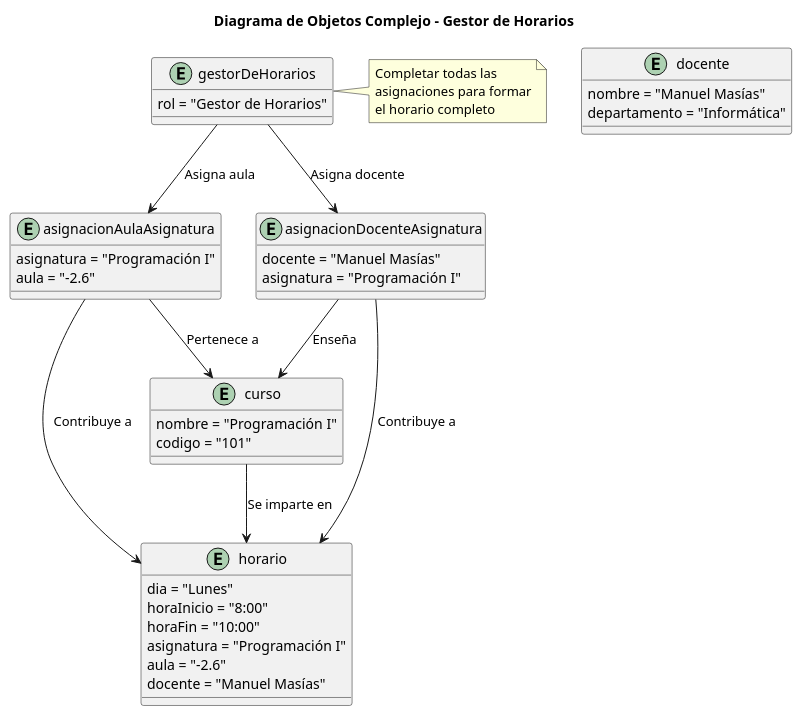
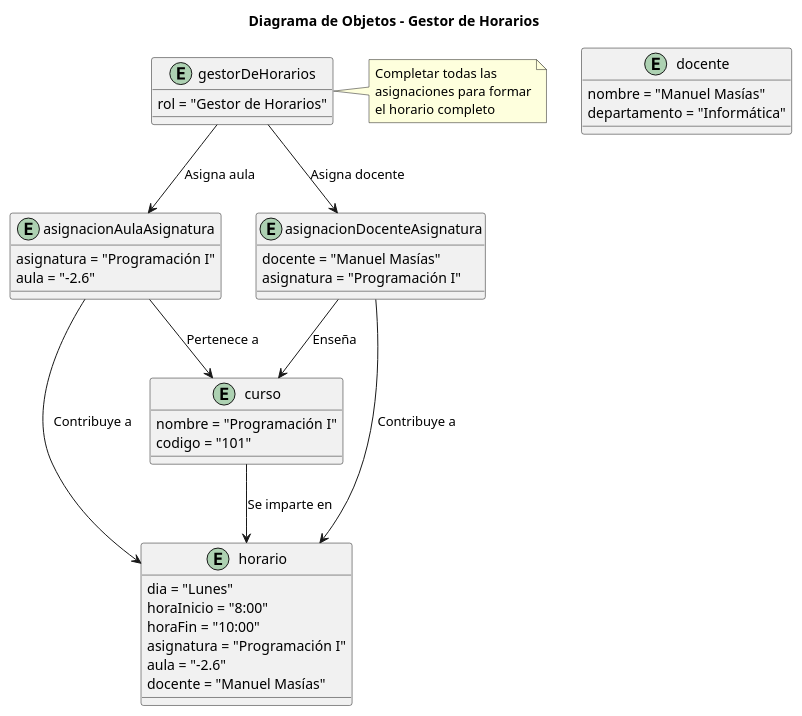
One commit to mmasias/24-25-IdSw1-SDR changed the diagram in modelosUML/diagramaObjetos.puml. Above: the diagram before and after it, drawn with PlantUML.

```diff
--- a/modelosUML/diagramaObjetos.puml
+++ b/modelosUML/diagramaObjetos.puml
@@ -1,51 +1,51 @@
 @startuml
-title Diagrama de Objetos Complejo - Gestor de Horarios
+title Diagrama de Objetos - Gestor de Horarios
 
 entity gestorDeHorarios {
     rol = "Gestor de Horarios"
 }
 
 entity asignacionAulaAsignatura {
     asignatura = "Programación I"
     aula = "-2.6"
 }
 
 entity asignacionDocenteAsignatura {
     docente = "Manuel Masías"
     asignatura = "Programación I"
 }
 
 entity horario {
     dia = "Lunes"
     horaInicio = "8:00"
     horaFin = "10:00"
     asignatura = "Programación I"
     aula = "-2.6"
     docente = "Manuel Masías"
 }
 
 entity curso {
     nombre = "Programación I"
     codigo = "101"
 }
 
 entity docente {
     nombre = "Manuel Masías"
     departamento = "Informática"
 }
 
 gestorDeHorarios --> asignacionAulaAsignatura : Asigna aula
 gestorDeHorarios --> asignacionDocenteAsignatura : Asigna docente
 asignacionAulaAsignatura --> curso : Pertenece a
 asignacionDocenteAsignatura --> curso : Enseña
 asignacionAulaAsignatura --> horario : Contribuye a
 asignacionDocenteAsignatura --> horario : Contribuye a
 curso --> horario : Se imparte en
 
 note right of gestorDeHorarios
     Completar todas las
     asignaciones para formar
     el horario completo
 end note
 
 @enduml
```
